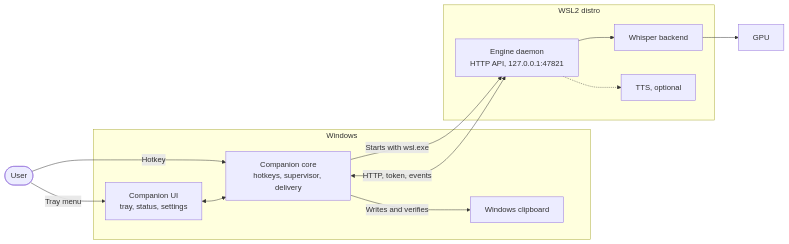
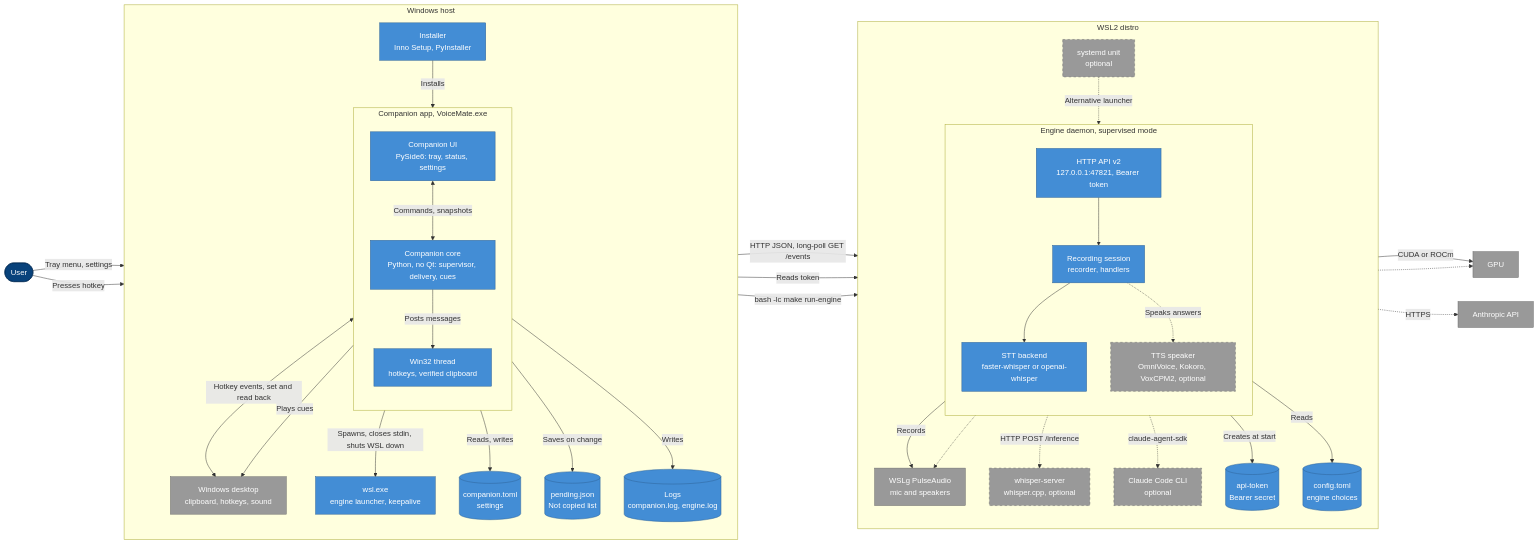
Before and after one commit to nano-br/voice-mate: the second of 5 diagrams in README.md, drawn with Mermaid. The commit also changed other lines of this file and 1 other file, not shown here.

First line of the commit message:
docs(readme): make the quick start work end to end and keep the diagrams in sync

````diff
--- a/README.md
+++ b/README.md
@@ -182,23 +193,79 @@
 ```mermaid
 flowchart LR
     user(["User"])
-    subgraph win["Windows"]
-        ui["Companion UI<br/>tray, status, settings"]
-        core["Companion core<br/>hotkeys, supervisor, delivery"]
-        clip["Windows clipboard"]
+
+    subgraph windows["Windows host"]
+        direction TB
+        installer["Installer<br/>Inno Setup, PyInstaller"]
+        subgraph companion["Companion app, VoiceMate.exe"]
+            direction TB
+            ui["Companion UI<br/>PySide6: tray, status, settings"]
+            core["Companion core<br/>Python, no Qt: supervisor, delivery, cues"]
+            w32["Win32 thread<br/>hotkeys, verified clipboard"]
+        end
+        wslexe["wsl.exe<br/>engine launcher, keepalive"]
+        desk["Windows desktop<br/>clipboard, hotkeys, sound"]
+        toml[("companion.toml<br/>settings")]
+        pending[("pending.json<br/>Not copied list")]
+        logs[("Logs<br/>companion.log, engine.log")]
     end
-    subgraph wsl["WSL2 distro"]
-        api["Engine daemon<br/>HTTP API, 127.0.0.1:47821"]
-        stt["Whisper backend"]
-        tts["TTS, optional"]
+
+    subgraph wsl2["WSL2 distro"]
+        direction TB
+        subgraph daemon["Engine daemon, supervised mode"]
+            direction TB
+            api["HTTP API v2<br/>127.0.0.1:47821, Bearer token"]
+            engine["Recording session<br/>recorder, handlers"]
+            stt["STT backend<br/>faster-whisper or openai-whisper"]
+            tts["TTS speaker<br/>OmniVoice, Kokoro, VoxCPM2, optional"]
+        end
+        wserver["whisper-server<br/>whisper.cpp, optional"]
+        claude["Claude Code CLI<br/>optional"]
+        pulse["WSLg PulseAudio<br/>mic and speakers"]
+        cfg[("config.toml<br/>engine choices")]
+        token[("api-token<br/>Bearer secret")]
+        unit["systemd unit<br/>optional"]
     end
+
     gpu["GPU"]
-    user -->|"Tray menu"| ui
-    user -->|"Hotkey"| core
-    ui <--> core
-    core -->|"Writes and verifies"| clip
-    core -->|"Starts with wsl.exe"| api
-    core <-->|"HTTP, token, events"| api
-    api --> stt --> gpu
-    api -.-> tts
+    anthropic["Anthropic API"]
+
+    user -->|"Tray menu, settings"| ui
+    user -->|"Presses hotkey"| desk
+    installer -->|"Installs"| companion
+    ui <-->|"Commands, snapshots"| core
+    core -->|"Posts messages"| w32
+    w32 <-->|"Hotkey events, set and read back"| desk
+    core -->|"Plays cues"| desk
+    core -->|"HTTP JSON, long-poll GET /events"| api
+    core -->|"Spawns, closes stdin, shuts WSL down"| wslexe
+    wslexe -->|"bash -lc make run-engine"| daemon
+    wslexe -->|"Reads token"| token
+    core -->|"Reads, writes"| toml
+    core -->|"Saves on change"| pending
+    core -->|"Writes"| logs
+    api --> engine
+    engine -->|"Records"| pulse
+    engine --> stt
+    stt -->|"CUDA or ROCm"| gpu
+    engine -.->|"HTTP POST /inference"| wserver
+    wserver -.-> gpu
+    engine -.->|"claude-agent-sdk"| claude
+    claude -.->|"HTTPS"| anthropic
+    engine -.->|"Speaks answers"| tts
+    tts -.-> pulse
+    daemon -->|"Creates at start"| token
+    daemon -->|"Reads"| cfg
+    unit -.->|"Alternative launcher"| daemon
+
+    classDef person fill:#08427b,stroke:#052e56,color:#ffffff
+    classDef container fill:#438dd5,stroke:#2e6295,color:#ffffff
+    classDef store fill:#438dd5,stroke:#2e6295,color:#ffffff
+    classDef external fill:#999999,stroke:#6b6b6b,color:#ffffff
+    classDef optional fill:#999999,stroke:#6b6b6b,color:#ffffff,stroke-dasharray:5 5
+    class user person
+    class installer,ui,core,w32,wslexe,api,engine,stt container
+    class toml,pending,logs,cfg,token store
+    class desk,pulse,gpu,anthropic external
+    class wserver,claude,tts,unit optional
 ```
````
